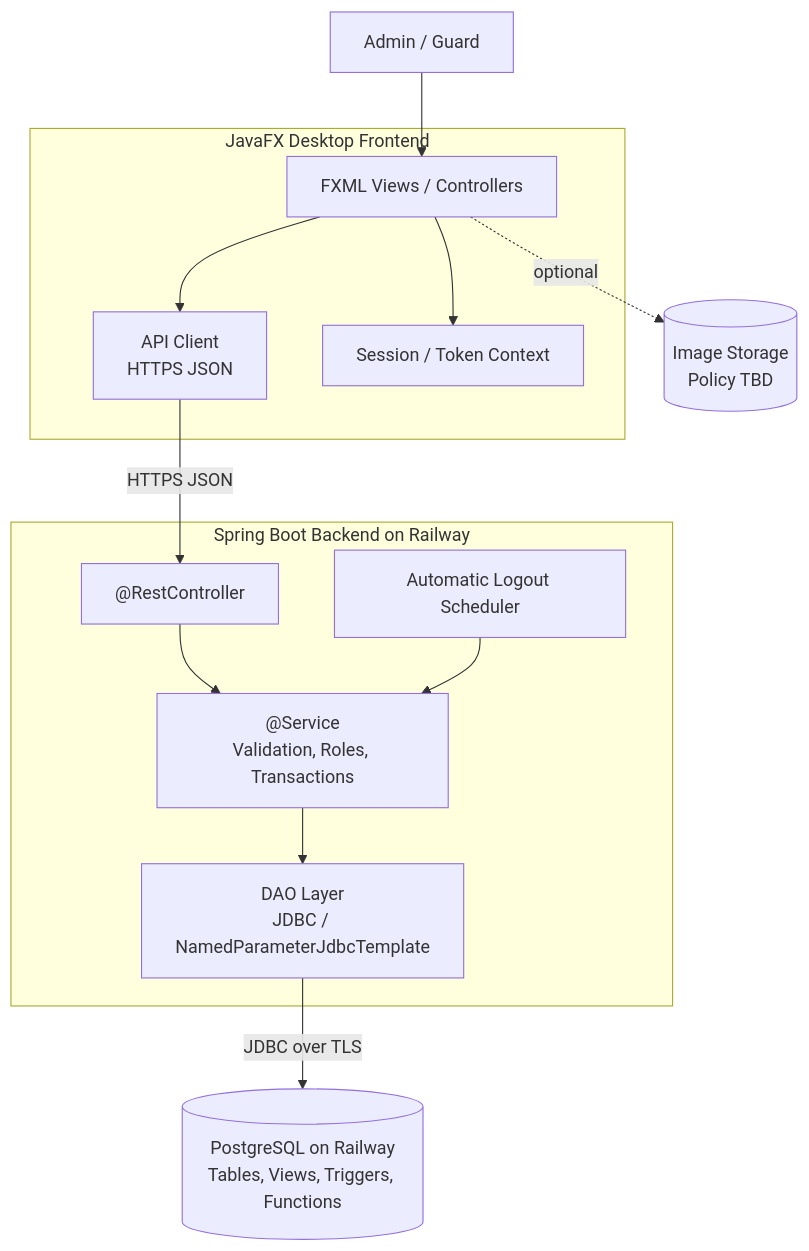
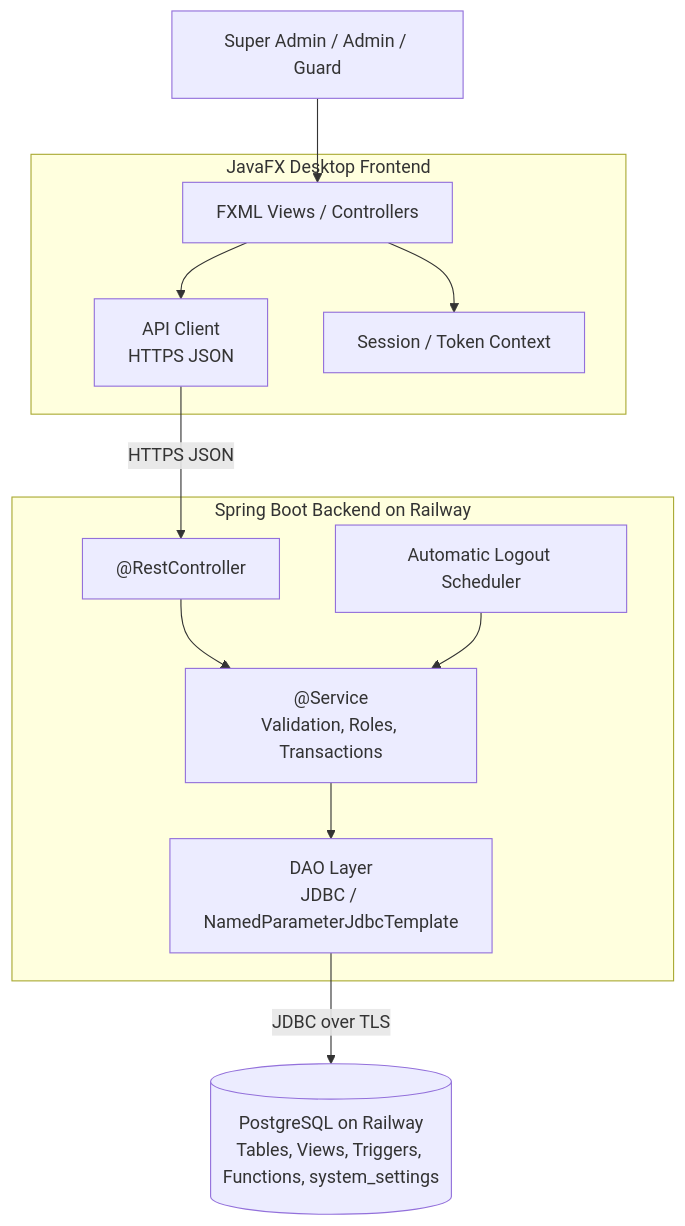
The diagram in docs/architecture/diagrams/mermaid/container-architecture.mmd (isnotfred/javafx-byod-client), drawn with Mermaid before and after one commit. The commit also changed 48 other files, not shown here.

Commit message:
Update system analysis and architecture documentation

```diff
--- a/docs/architecture/diagrams/mermaid/container-architecture.mmd
+++ b/docs/architecture/diagrams/mermaid/container-architecture.mmd
@@ -1,28 +1,26 @@
 flowchart TB
-    User["Admin / Guard"]
+    User["Super Admin / Admin / Guard"]
 
     subgraph Frontend["JavaFX Desktop Frontend"]
         UI["FXML Views / Controllers"]
         ApiClient["API Client\nHTTPS JSON"]
         Session["Session / Token Context"]
     end
 
     subgraph Backend["Spring Boot Backend on Railway"]
         Controllers["@RestController"]
         Services["@Service\nValidation, Roles, Transactions"]
         DAOs["DAO Layer\nJDBC / NamedParameterJdbcTemplate"]
         Scheduler["Automatic Logout Scheduler"]
     end
 
-    DB[("PostgreSQL on Railway\nTables, Views, Triggers, Functions")]
-    Images[("Image Storage\nPolicy TBD")]
+    DB[("PostgreSQL on Railway\nTables, Views, Triggers, Functions, system_settings")]
 
     User --> UI
     UI --> ApiClient
     UI --> Session
     ApiClient -->|"HTTPS JSON"| Controllers
     Controllers --> Services
     Scheduler --> Services
     Services --> DAOs
     DAOs -->|"JDBC over TLS"| DB
-    UI -. optional .-> Images
```
